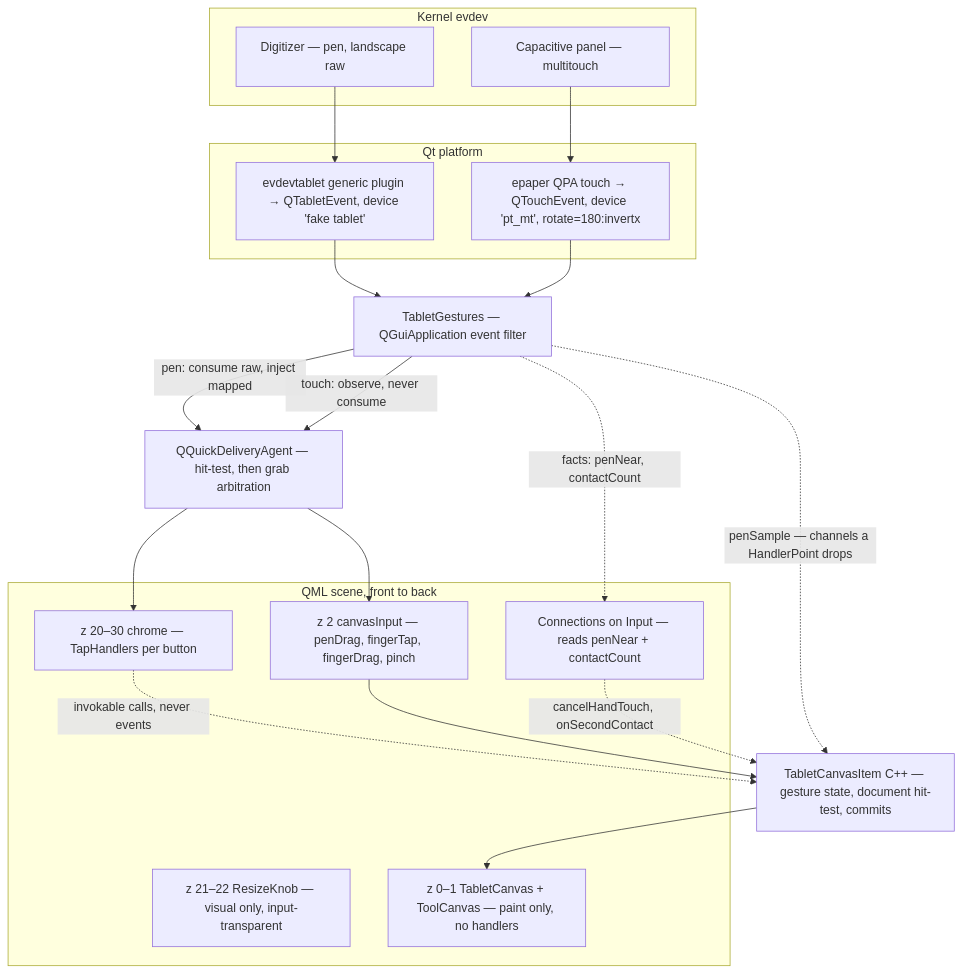
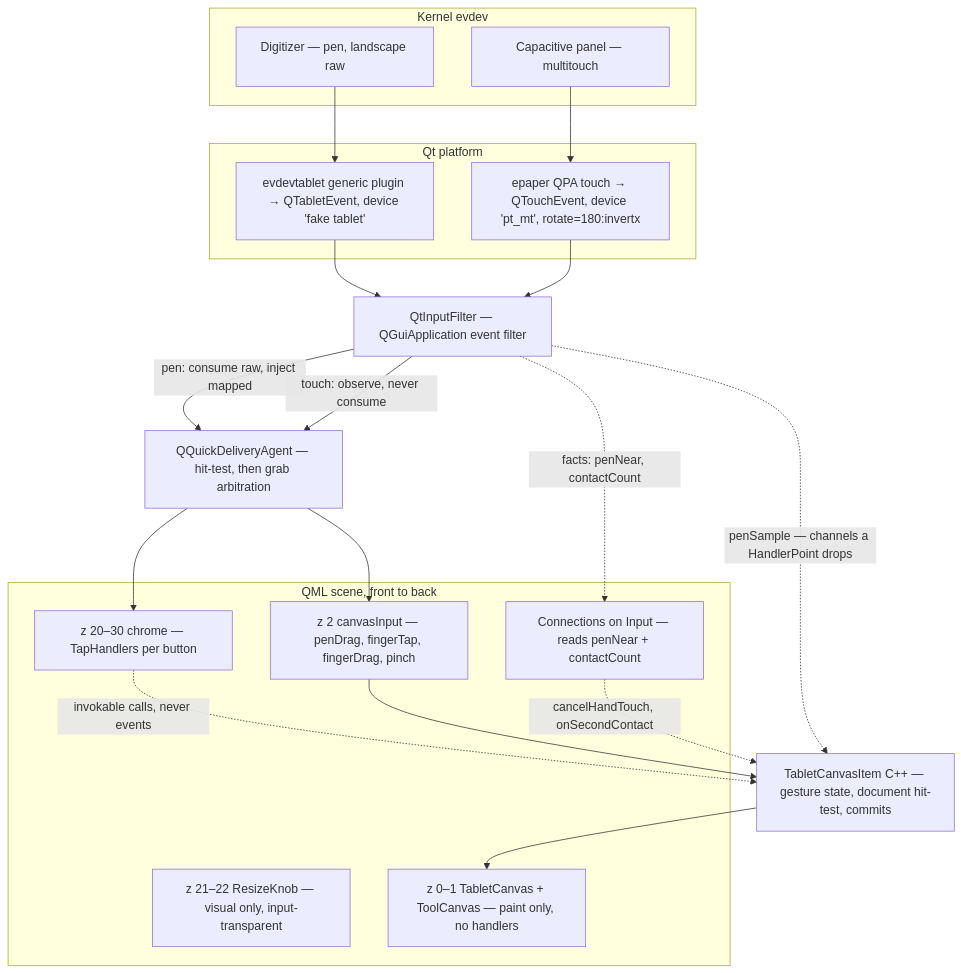
One commit to hoaidv/reawa changed the first of 4 diagrams in .docs/modules/epaper/features/event-system/event-flow.md. Above: the diagram before and after it, drawn with Mermaid. The commit also changed other lines of this file and 28 other files, not shown here.

````diff
--- a/.docs/modules/epaper/features/event-system/event-flow.md
+++ b/.docs/modules/epaper/features/event-system/event-flow.md
@@ -27,33 +27,33 @@
 ```mermaid
 flowchart TB
   subgraph kernel["Kernel evdev"]
     dig["Digitizer — pen, landscape raw"]
     cap["Capacitive panel — multitouch"]
   end
   subgraph qpa["Qt platform"]
     tab["evdevtablet generic plugin → QTabletEvent, device 'fake tablet'"]
     tch["epaper QPA touch → QTouchEvent, device 'pt_mt', rotate=180:invertx"]
   end
-  filt["TabletGestures — QGuiApplication event filter"]
+  filt["QtInputFilter — QGuiApplication event filter"]
   agent["QQuickDeliveryAgent — hit-test, then grab arbitration"]
   subgraph qml["QML scene, front to back"]
     chrome["z 20–30 chrome — TapHandlers per button"]
     knobs["z 21–22 ResizeKnob — visual only, input-transparent"]
     input["z 2 canvasInput — penDrag, fingerTap, fingerDrag, pinch"]
     raster["z 0–1 TabletCanvas + ToolCanvas — paint only, no handlers"]
     policy["Connections on Input — reads penNear + contactCount"]
   end
   canvas["TabletCanvasItem C++ — gesture state, document hit-test, commits"]
   dig --> tab --> filt
   cap --> tch --> filt
   filt -->|"pen: consume raw, inject mapped"| agent
   filt -->|"touch: observe, never consume"| agent
   filt -.->|"facts: penNear, contactCount"| policy
   filt -.->|"penSample — channels a HandlerPoint drops"| canvas
   agent --> chrome
   agent --> input
   chrome -.->|"invokable calls, never events"| canvas
   input --> canvas
   policy -.->|"cancelHandTouch, onSecondContact"| canvas
   canvas --> raster
 ```
````
